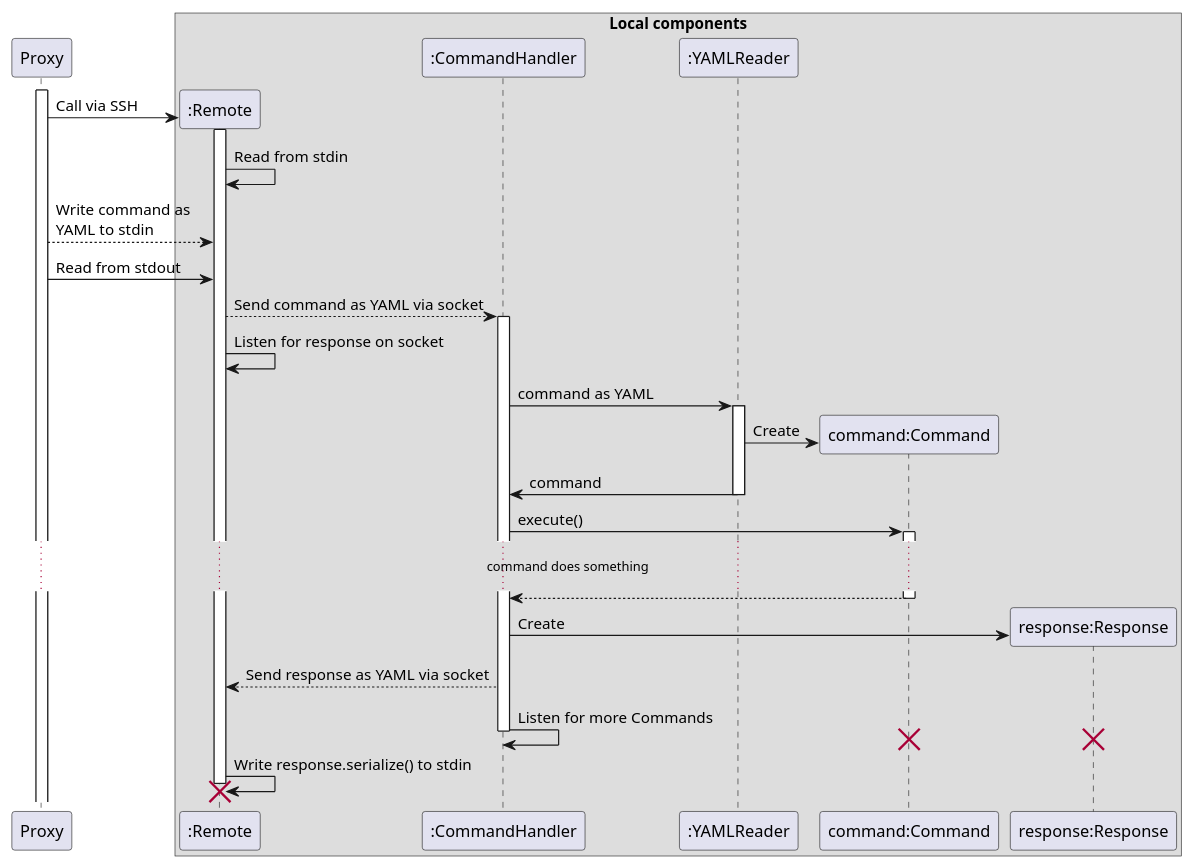
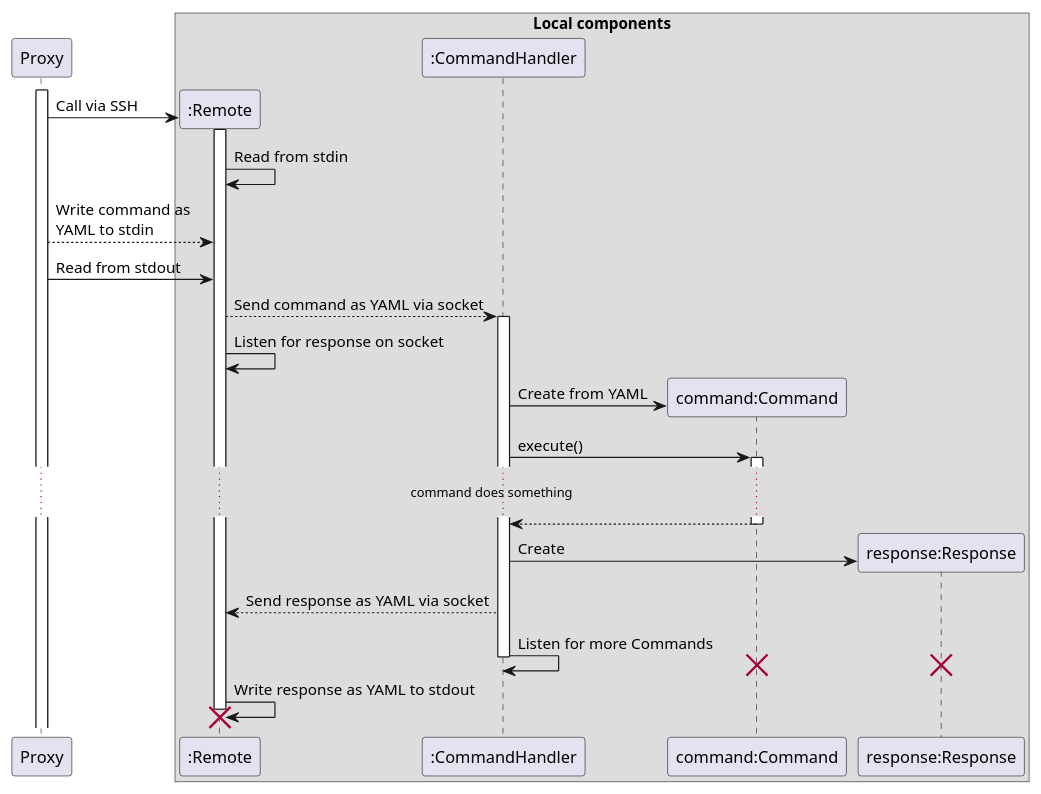
The diagram in design/sequence/remote.puml (DistributedTaskScheduling/documentation), drawn with PlantUML before and after one commit.

Commit message:
Removed YAMLReader class from proxy sd, is CommandHandler method now.

```diff
--- a/design/sequence/remote.puml
+++ b/design/sequence/remote.puml
@@ -1,35 +1,32 @@
 @startuml
 
 participant Proxy
 
 box "Local components"
     participant ":Remote" as Remote
     participant ":CommandHandler" as CommandHandler
-    participant ":YAMLReader" as YAMLReader
     participant "command:Command" as Command
     participant "response:Response" as Response
 end box
 
 activate Proxy
 Proxy -> Remote ** : Call via SSH
 activate Remote
 Remote -> Remote : Read from stdin
 Proxy --> Remote : Write command as \nYAML to stdin
 Proxy -> Remote : Read from stdout
 Remote --> CommandHandler ++ : Send command as YAML via socket
 Remote -> Remote : Listen for response on socket
-CommandHandler -> YAMLReader ++ : command as YAML
-YAMLReader -> Command ** : Create
-CommandHandler <- YAMLReader -- : command
+CommandHandler -> Command ** : Create from YAML
 CommandHandler -> Command ++ : execute()
 ... command does something ...
 CommandHandler <-- Command -- 
 CommandHandler -> Response ** : Create
 CommandHandler --> Remote : Send response as YAML via socket
 CommandHandler -> CommandHandler : Listen for more Commands
 destroy Command
 destroy Response
 deactivate CommandHandler
-Remote -> Remote : Write response.serialize() to stdin
+Remote -> Remote : Write response as YAML to stdout
 destroy Remote
 @enduml
```
